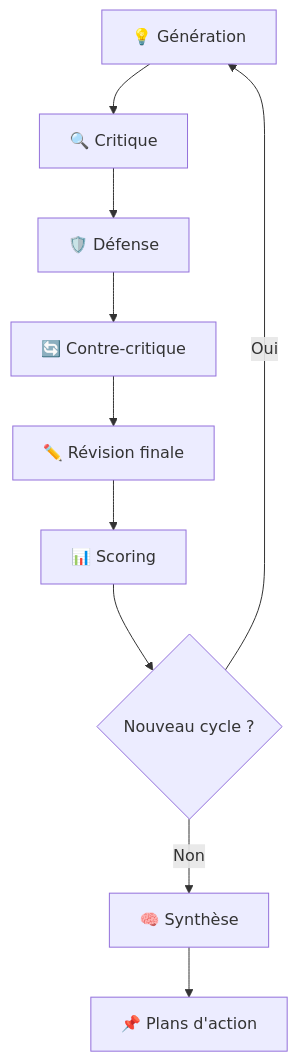
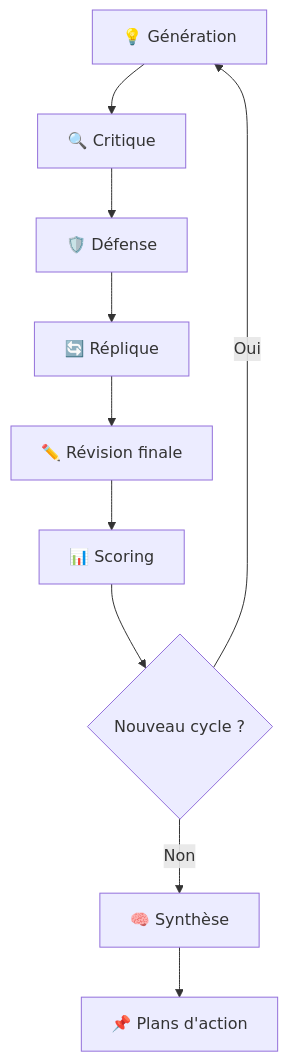
The third of 3 diagrams in README.md (ShakaTry/brainstorm-ai), drawn with Mermaid before and after one commit. The commit also changed other lines of this file and 9 other files, not shown here.

````diff
--- a/README.md
+++ b/README.md
@@ -260,12 +263,12 @@
 ```mermaid
 graph TD
     A[💡 Génération] --> B[🔍 Critique]
     B --> C[🛡️ Défense]
-    C --> D[🔄 Contre-critique]
+    C --> D[🔄 Réplique]
     D --> E[✏️ Révision finale]
     E --> F[📊 Scoring]
     F --> G{Nouveau cycle ?}
     G -->|Oui| A
     G -->|Non| H[🧠 Synthèse]
     H --> I[📌 Plans d'action]
 ```
````
